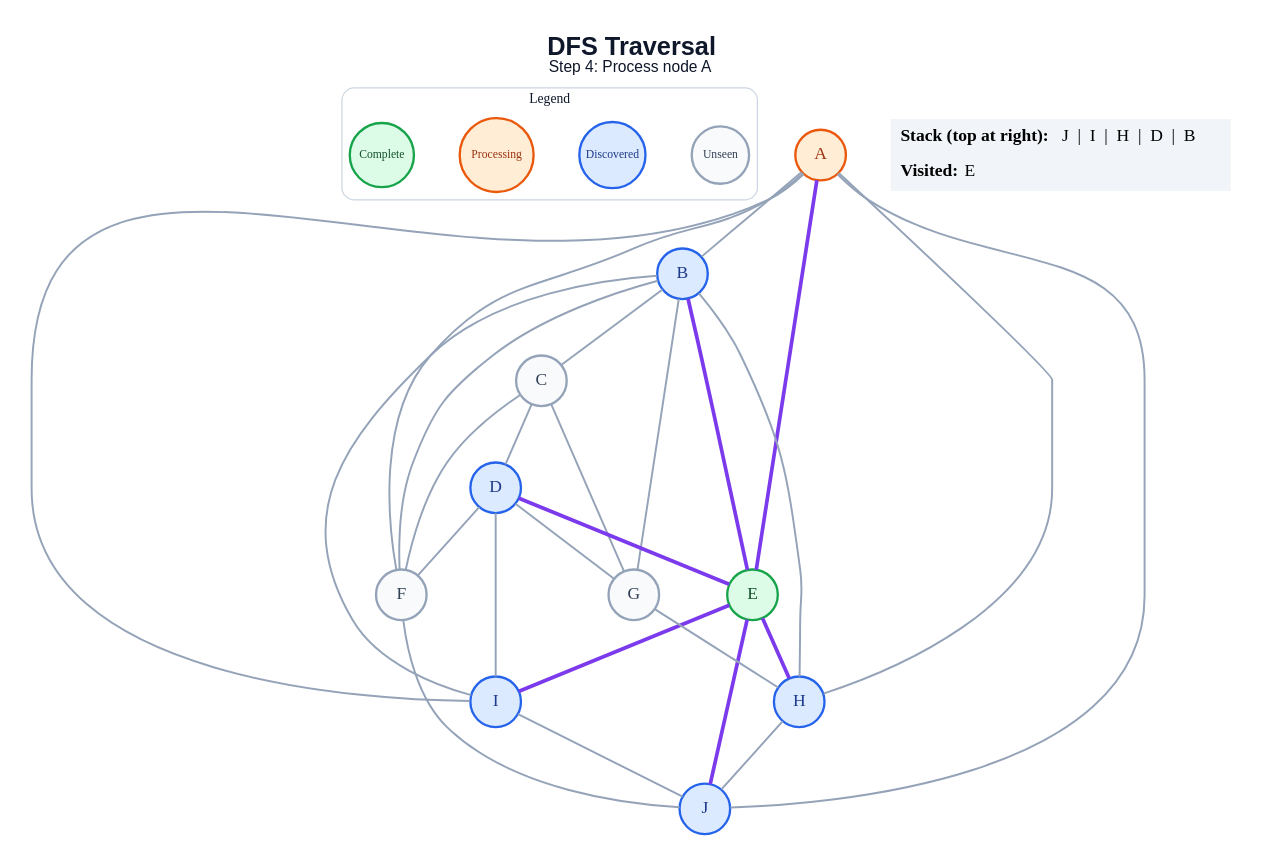
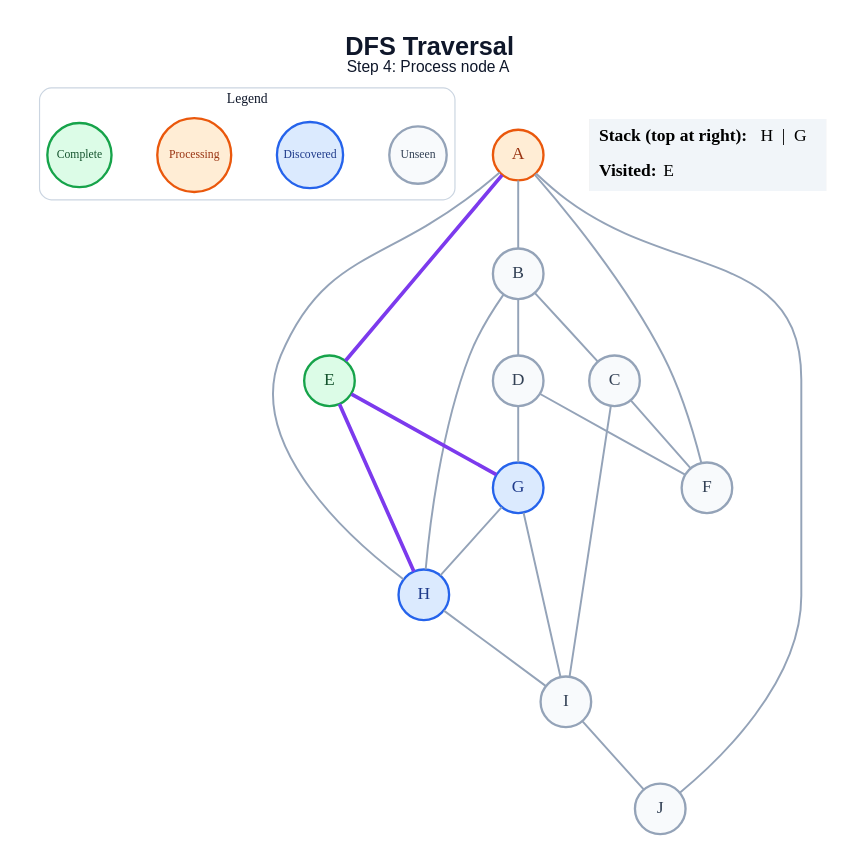
The diagram in generated/specific-node/dfs/step_04.dot (anon7238593-create/ai-slop), drawn with Graphviz before and after one commit. The commit also changed 178 other files, not shown here.

```diff
--- a/generated/specific-node/dfs/step_04.dot
+++ b/generated/specific-node/dfs/step_04.dot
@@ -1,55 +1,47 @@
 graph traversal {
   graph [layout=dot, rankdir=TB, bgcolor="#FFFFFF", pad="0.35", nodesep="0.65", ranksep="0.8", fontname="Arial"];
   node [shape=circle, style="filled", fontname="Arial Bold", fontsize=18, width=0.72, fixedsize=true, penwidth=2.4];
   edge [color="#94A3B8", penwidth=2.0];
   label=<<B>DFS Traversal</B><BR/><FONT POINT-SIZE="16">Step 4: Process node A</FONT>>; labelloc="t"; fontsize=26; fontname="Arial"; fontcolor="#0F172A";
   subgraph cluster_legend { label="Legend"; color="#CBD5E1"; penwidth=1.2; style="rounded"; fontsize=14; fontname="Arial Bold";
     key_unseen [label="Unseen", fillcolor="#F8FAFC", color="#94A3B8", fontcolor="#334155", fontsize=12, width=0.82];
     key_frontier [label="Discovered", fillcolor="#DBEAFE", color="#2563EB", fontcolor="#1E3A8A", fontsize=12, width=0.95];
     key_current [label="Processing", fillcolor="#FFEDD5", color="#EA580C", fontcolor="#9A3412", fontsize=12, width=1.05];
     key_done [label="Complete", fillcolor="#DCFCE7", color="#16A34A", fontcolor="#14532D", fontsize=12, width=0.92];
     { rank=same; key_unseen; key_frontier; key_current; key_done; }
   }
   A [fillcolor="#FFEDD5", color="#EA580C", fontcolor="#9A3412"];
-  B [fillcolor="#DBEAFE", color="#2563EB", fontcolor="#1E3A8A"];
+  B [fillcolor="#F8FAFC", color="#94A3B8", fontcolor="#334155"];
   C [fillcolor="#F8FAFC", color="#94A3B8", fontcolor="#334155"];
-  D [fillcolor="#DBEAFE", color="#2563EB", fontcolor="#1E3A8A"];
+  D [fillcolor="#F8FAFC", color="#94A3B8", fontcolor="#334155"];
   E [fillcolor="#DCFCE7", color="#16A34A", fontcolor="#14532D"];
   F [fillcolor="#F8FAFC", color="#94A3B8", fontcolor="#334155"];
-  G [fillcolor="#F8FAFC", color="#94A3B8", fontcolor="#334155"];
+  G [fillcolor="#DBEAFE", color="#2563EB", fontcolor="#1E3A8A"];
   H [fillcolor="#DBEAFE", color="#2563EB", fontcolor="#1E3A8A"];
-  I [fillcolor="#DBEAFE", color="#2563EB", fontcolor="#1E3A8A"];
-  J [fillcolor="#DBEAFE", color="#2563EB", fontcolor="#1E3A8A"];
+  I [fillcolor="#F8FAFC", color="#94A3B8", fontcolor="#334155"];
+  J [fillcolor="#F8FAFC", color="#94A3B8", fontcolor="#334155"];
   A -- B;
   A -- E [color="#7C3AED", penwidth=3.8];
   A -- F;
   A -- H;
-  A -- I;
   A -- J;
   B -- C;
-  B -- E [color="#7C3AED", penwidth=3.8];
-  B -- F;
-  B -- G;
+  B -- D;
   B -- H;
-  B -- I;
-  C -- D;
   C -- F;
-  C -- G;
-  D -- E [color="#7C3AED", penwidth=3.8];
+  C -- I;
   D -- F;
   D -- G;
-  D -- I;
+  E -- G [color="#7C3AED", penwidth=3.8];
   E -- H [color="#7C3AED", penwidth=3.8];
-  E -- I [color="#7C3AED", penwidth=3.8];
-  E -- J [color="#7C3AED", penwidth=3.8];
-  F -- J;
   G -- H;
-  H -- J;
+  G -- I;
+  H -- I;
   I -- J;
   status [shape=plain, fixedsize=false, width=0, height=0, margin=0, label=<
     <TABLE BORDER="0" CELLBORDER="0" CELLPADDING="7" BGCOLOR="#F1F5F9">
-      <TR><TD ALIGN="LEFT"><B>Stack (top at right):</B> J  |  I  |  H  |  D  |  B</TD></TR>
+      <TR><TD ALIGN="LEFT"><B>Stack (top at right):</B> H  |  G</TD></TR>
       <TR><TD ALIGN="LEFT"><B>Visited:</B> E</TD></TR>
     </TABLE>
   >];
 }
```
